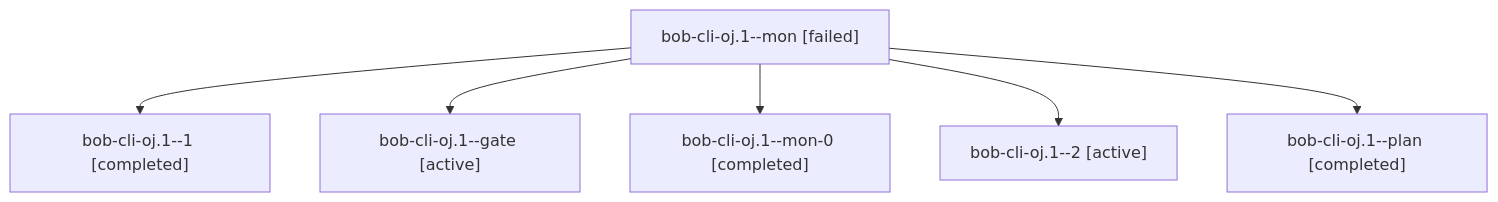
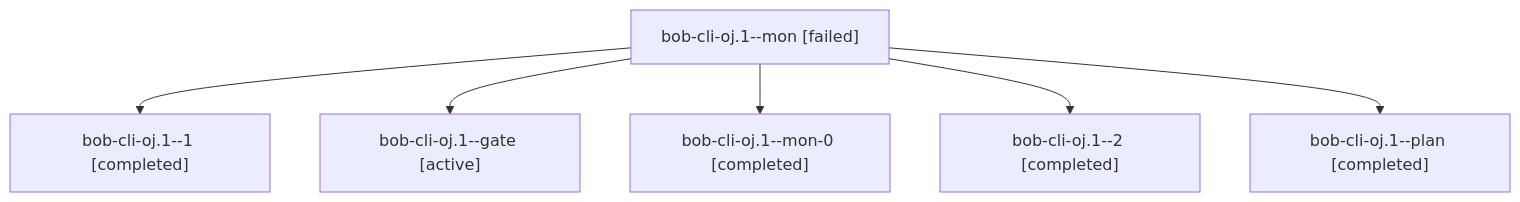
The diagram in sessions/bbugyi200.athena.bob-cli-oj.1.md (bobs-org/bob-cli--agents), drawn with Mermaid before and after one commit. The commit also changed other lines of this file and 42 other files, not shown here.

````diff
--- a/sessions/bbugyi200.athena.bob-cli-oj.1.md
+++ b/sessions/bbugyi200.athena.bob-cli-oj.1.md
@@ -9,14 +9,14 @@
 ```mermaid
 flowchart TD
   n0["bob-cli-oj.1--mon [failed]"]
   n1["bob-cli-oj.1--1 [completed]"]
   n0 --> n1
   n2["bob-cli-oj.1--gate [active]"]
   n0 --> n2
   n3["bob-cli-oj.1--mon-0 [completed]"]
   n0 --> n3
-  n4["bob-cli-oj.1--2 [active]"]
+  n4["bob-cli-oj.1--2 [completed]"]
   n0 --> n4
   n5["bob-cli-oj.1--plan [completed]"]
   n0 --> n5
 ```
````
